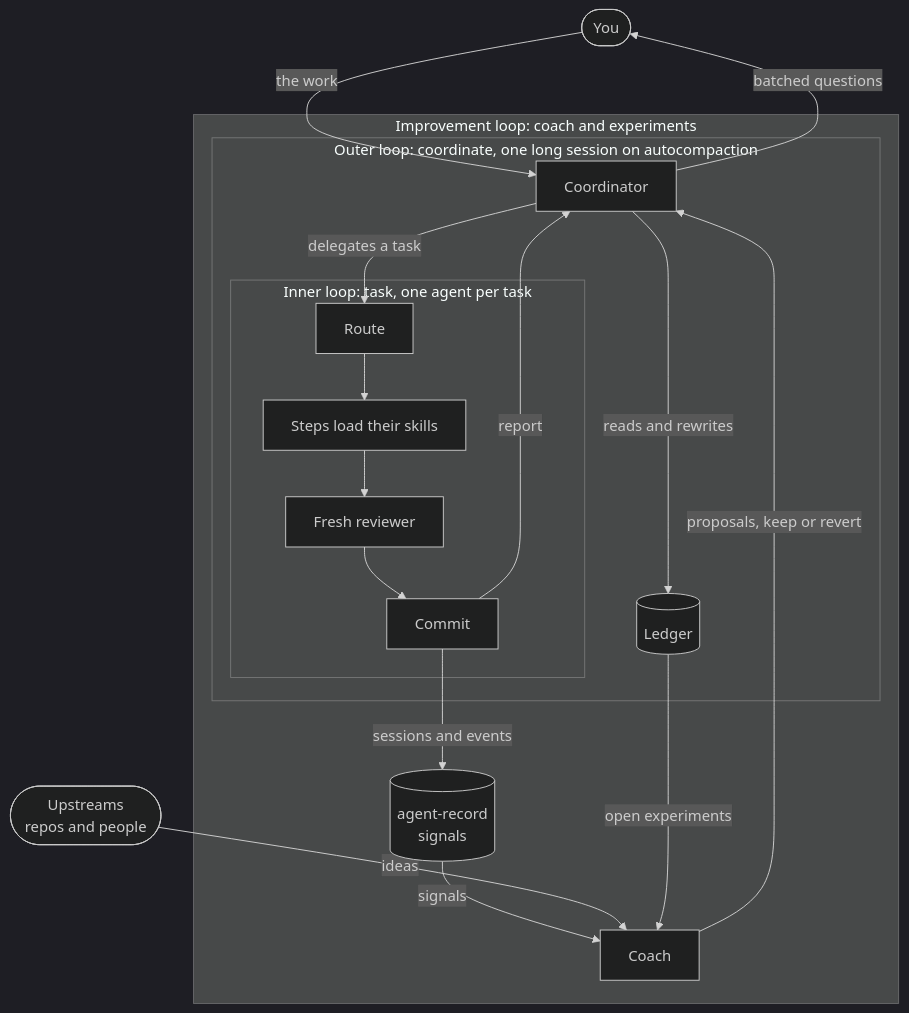
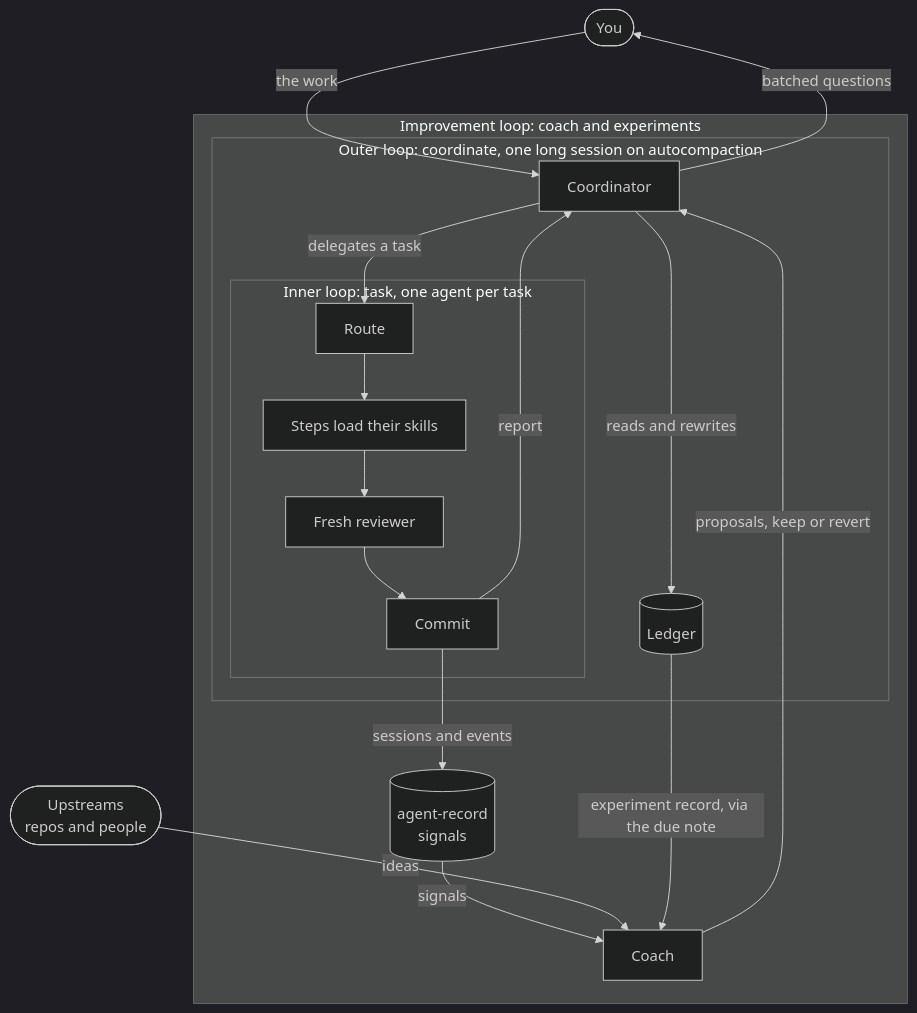
The first of 4 diagrams in README.md (cniska/agent-skills), drawn with Mermaid (dark theme) before and after one commit. The commit also changed other lines of this file and 2 other files, not shown here.

Commit message:
feat(hooks): name open experiments when coach due

````diff
--- a/README.md
+++ b/README.md
@@ -20,32 +20,32 @@
 ```mermaid
 flowchart TB
   you(["You"])
   ups(["Upstreams<br/>repos and people"])
   subgraph improve["Improvement loop: coach and experiments"]
     rec[("agent-record<br/>signals")]
     coach["Coach"]
     subgraph outer["Outer loop: coordinate, one long session on autocompaction"]
       lead["Coordinator"]
       ledger[("Ledger")]
       subgraph inner["Inner loop: task, one agent per task"]
         route["Route"]
         steps["Steps load their skills"]
         rev["Fresh reviewer"]
         commit["Commit"]
       end
     end
   end
   you -- "the work" --> lead
   lead -- "batched questions" --> you
   lead -- "reads and rewrites" --> ledger
   lead -- "delegates a task" --> route
   route --> steps
   steps --> rev
   rev --> commit
   commit -- "report" --> lead
   commit -- "sessions and events" --> rec
   rec -- "signals" --> coach
   ups -- "ideas" --> coach
-  ledger -- "open experiments" --> coach
+  ledger -- "experiment record, via the due note" --> coach
   coach -- "proposals, keep or revert" --> lead
 ```
````
